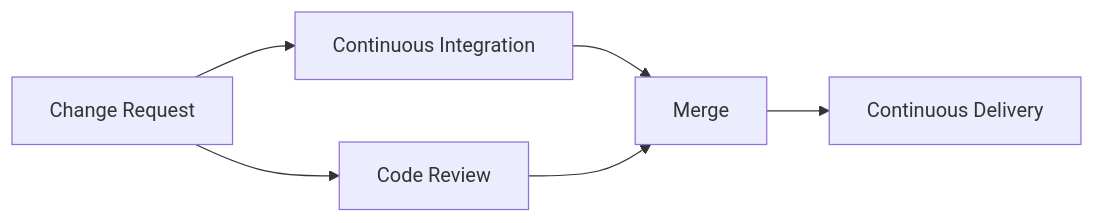
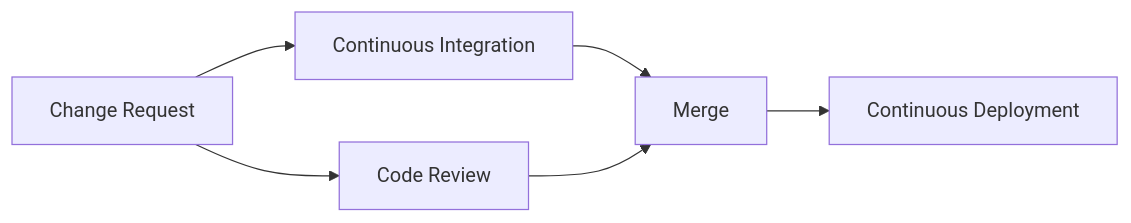
Before and after one commit to rust-project-primer/book: the second of 2 diagrams in src/platform/readme.md, drawn with Mermaid. The commit also changed other lines of this file and 4 other files, not shown here.

````diff
--- a/src/platform/readme.md
+++ b/src/platform/readme.md
@@ -50,13 +52,13 @@
 ```mermaid
 graph LR
     request[Change Request]
     ci[Continuous Integration]
     review[Code Review]
     request-->ci
     request-->review
     merge[Merge]
-    cd[Continuous Delivery]
+    cd[Continuous Deployment]
     ci-->merge
     review-->merge
     merge-->cd
 ```
````
